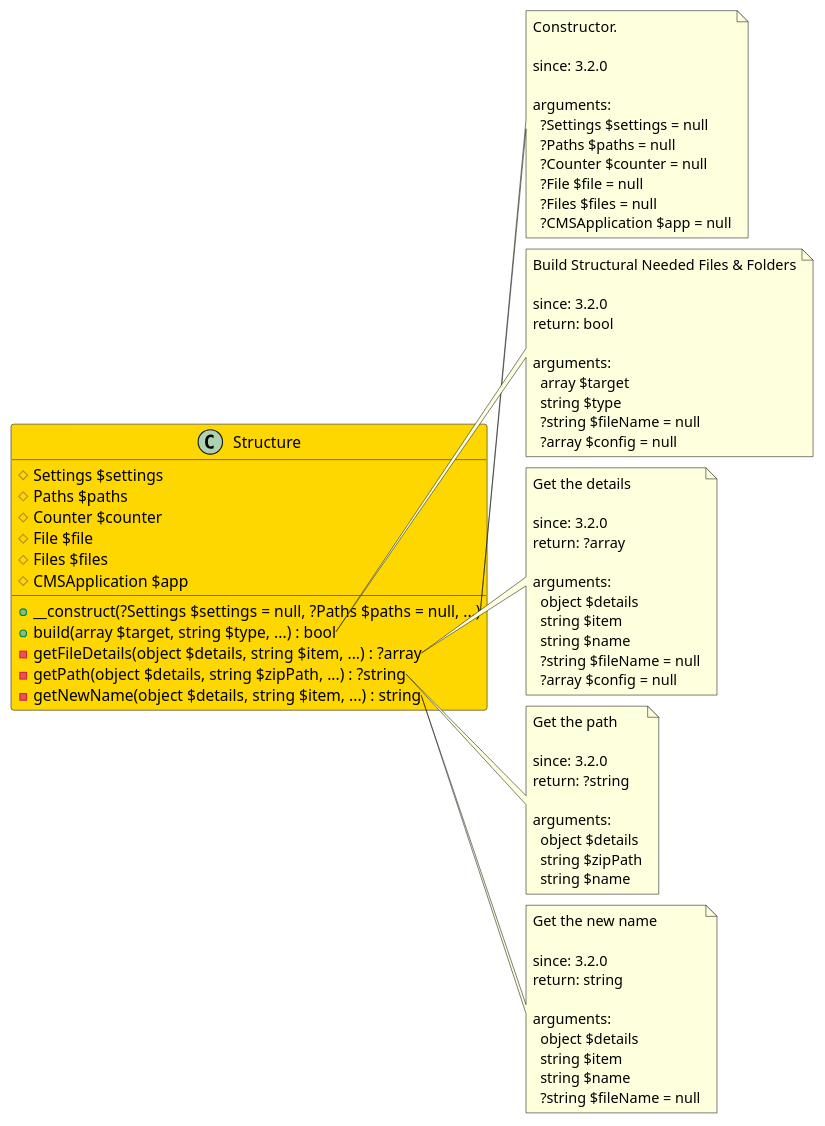
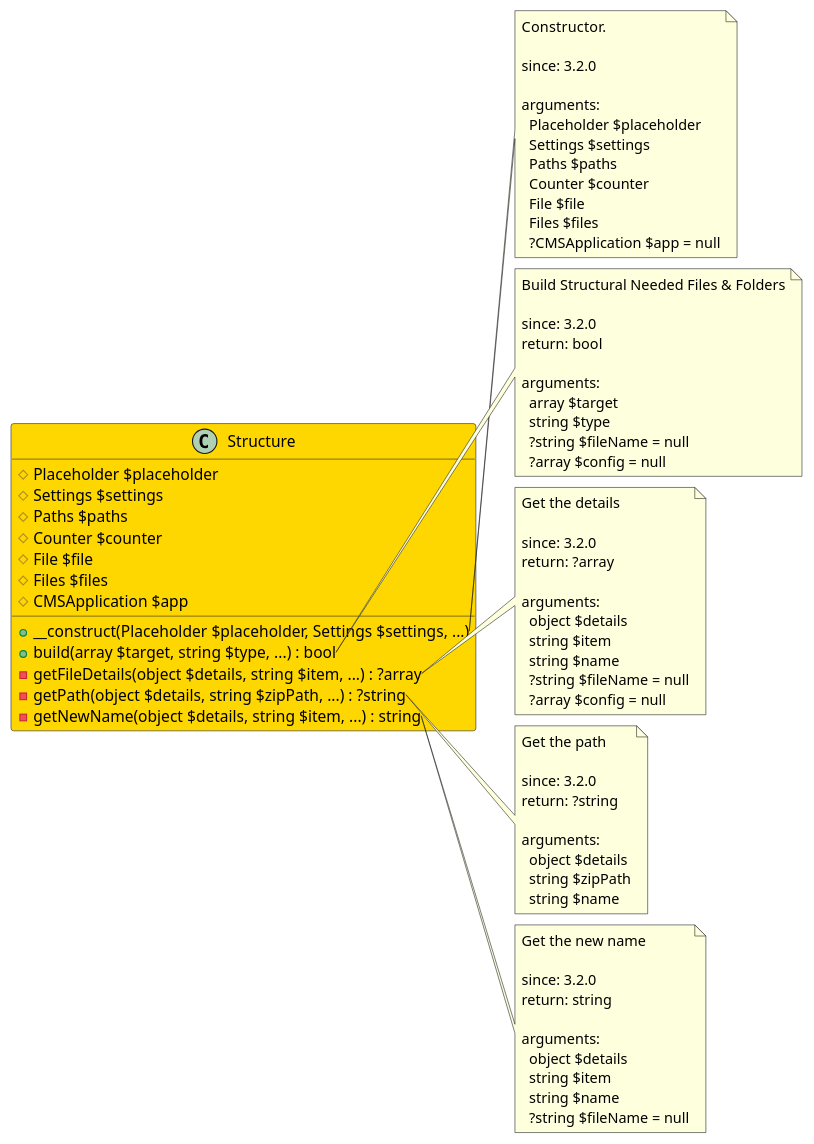
The diagram in src/1efdded5-d6c8-452c-8f37-0374483a7b3f/README.md (joomengine/jcb-compiler), drawn with PlantUML before and after one commit. The commit also changed 399 other files, not shown here.

````diff
--- a/src/1efdded5-d6c8-452c-8f37-0374483a7b3f/README.md
+++ b/src/1efdded5-d6c8-452c-8f37-0374483a7b3f/README.md
@@ -11,13 +11,14 @@
 ```uml
 @startuml
 class Structure  #Gold {
+  # Placeholder $placeholder
   # Settings $settings
   # Paths $paths
   # Counter $counter
   # File $file
   # Files $files
   # CMSApplication $app
-  + __construct(?Settings $settings = null, ?Paths $paths = null, ...)
+  + __construct(Placeholder $placeholder, Settings $settings, ...)
   + build(array $target, string $type, ...) : bool
   - getFileDetails(object $details, string $item, ...) : ?array
   - getPath(object $details, string $zipPath, ...) : ?string
@@ -30,11 +31,12 @@
   since: 3.2.0
   
   arguments:
-    ?Settings $settings = null
-    ?Paths $paths = null
-    ?Counter $counter = null
-    ?File $file = null
-    ?Files $files = null
+    Placeholder $placeholder
+    Settings $settings
+    Paths $paths
+    Counter $counter
+    File $file
+    Files $files
     ?CMSApplication $app = null
 end note
 
````
